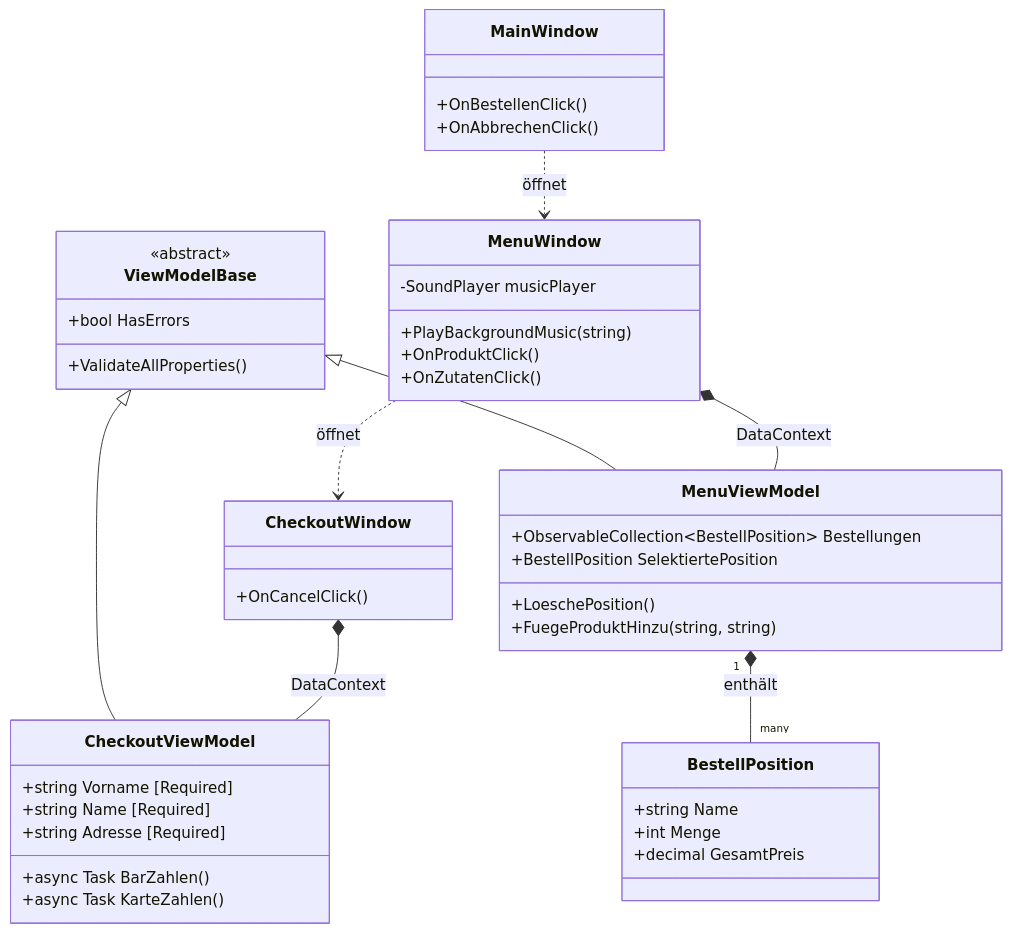
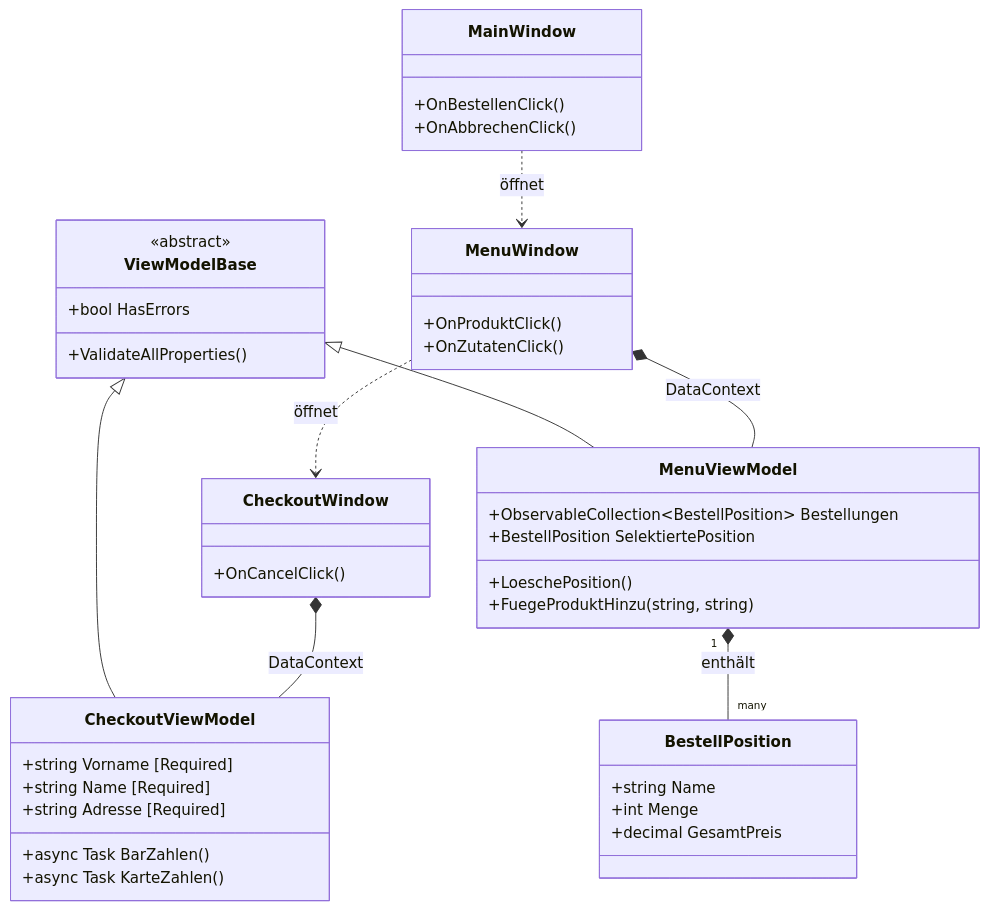
One commit to denisaandreea-a/McDenisaKasse changed the diagram in McDenisaKasse/Diagramm.mmd. Above: the diagram before and after it, drawn with Mermaid. The commit also changed 8 other files, not shown here.

```diff
--- a/McDenisaKasse/Diagramm.mmd
+++ b/McDenisaKasse/Diagramm.mmd
@@ -1,54 +1,52 @@
 classDiagram
     class ViewModelBase {
         <<abstract>>
         +ValidateAllProperties()
         +bool HasErrors
     }
 
     class MainWindow {
         +OnBestellenClick()
         +OnAbbrechenClick()
     }
 
     class MenuWindow {
-        -SoundPlayer musicPlayer
-        +PlayBackgroundMusic(string)
         +OnProduktClick()
         +OnZutatenClick()
     }
 
     class CheckoutWindow {
         +OnCancelClick()
     }
 
     class MenuViewModel {
         +ObservableCollection~BestellPosition~ Bestellungen
         +BestellPosition SelektiertePosition
         +LoeschePosition()
         +FuegeProduktHinzu(string, string)
     }
 
     class CheckoutViewModel {
         +string Vorname [Required]
         +string Name [Required]
         +string Adresse [Required]
         +async Task BarZahlen()
         +async Task KarteZahlen()
     }
 
     class BestellPosition {
         +string Name
         +int Menge
         +decimal GesamtPreis
     }
 
 %% Vererbungen zeigen (Wichtig für Kriterium Objektorientierung)
     ViewModelBase <|-- MenuViewModel
     ViewModelBase <|-- CheckoutViewModel
 
 %% Beziehungen
     MainWindow ..> MenuWindow : öffnet
     MenuWindow ..> CheckoutWindow : öffnet
     MenuWindow *-- MenuViewModel : DataContext
     CheckoutWindow *-- CheckoutViewModel : DataContext
     MenuViewModel "1" *-- "many" BestellPosition : enthält
```
